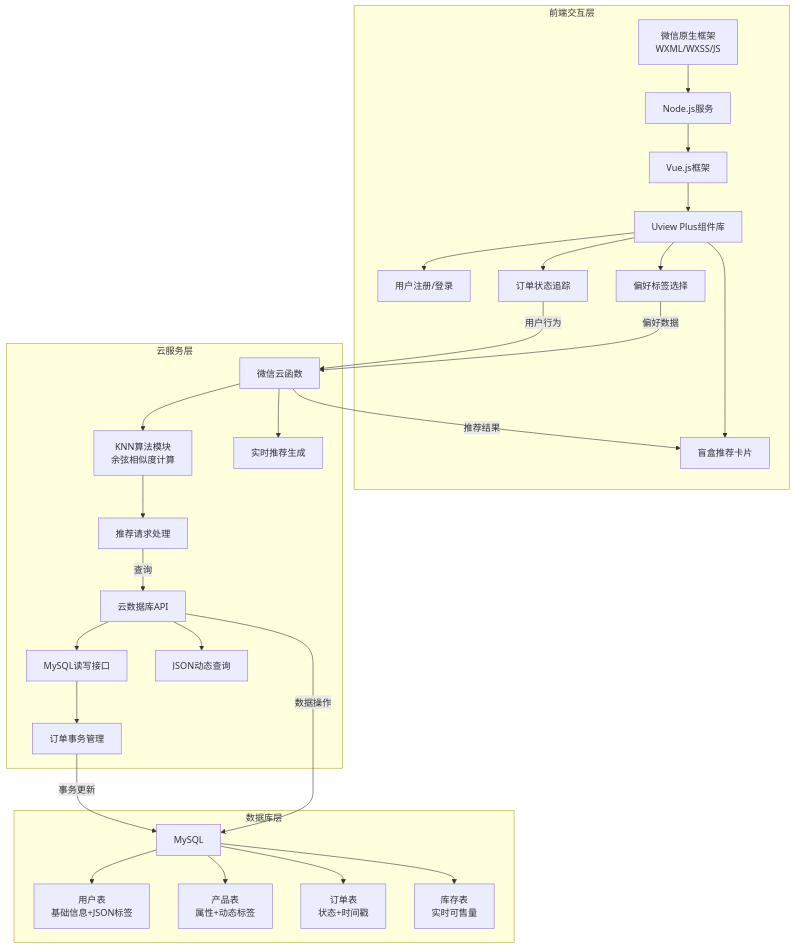
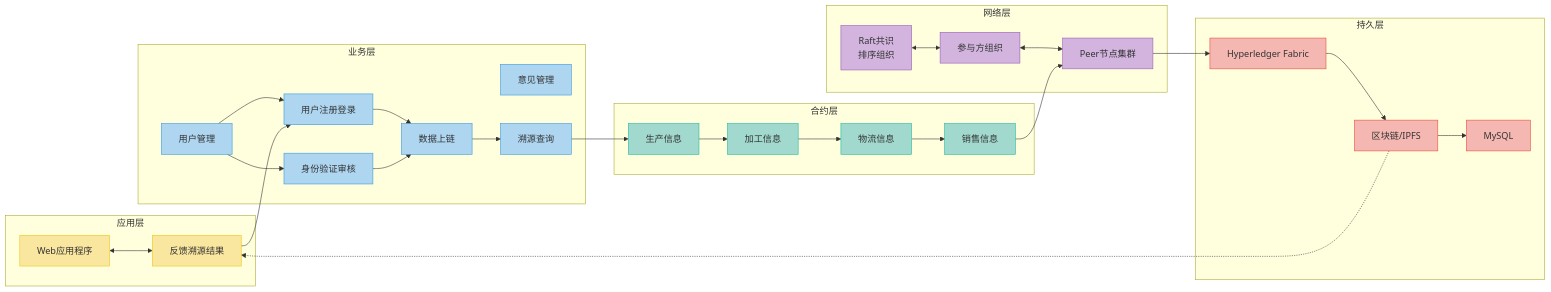
One commit to 1215587043/iodraw-files changed the diagram in all/未命名-1.md. Above: the diagram before and after it, drawn with Mermaid.

Commit message:
2025-04-11 15:38:01 update

````diff
--- a/all/未命名-1.md
+++ b/all/未命名-1.md
@@ -1,36 +1,59 @@
 ```mermaid
-flowchart TD
-    subgraph 前端交互层
-        A[微信原生框架\nWXML/WXSS/JS] --> B[Node.js服务]
-        B --> C[Vue.js框架]
-        C --> D[Uview Plus组件库]
-        D --> E[用户注册/登录]
-        D --> F[偏好标签选择]
-        D --> G[盲盒推荐卡片]
-        D --> H[订单状态追踪]
+flowchart LR
+    %% 定义节点样式
+    classDef appLayer fill:#F9E79F,stroke:#F1C40F;
+    classDef bizLayer fill:#AED6F1,stroke:#3498DB;
+    classDef contractLayer fill:#A2D9CE,stroke:#1ABC9C;
+    classDef networkLayer fill:#D2B4DE,stroke:#9B59B6;
+    classDef persistLayer fill:#F5B7B1,stroke:#E74C3C;
+
+    subgraph 应用层
+        A[Web应用程序]:::appLayer
+        B[基于区块链的\n海鲜溯源系统]:::appLayer
+        A <--> B
     end
 
-    subgraph 云服务层
-        I[微信云函数] --> J[KNN算法模块\n余弦相似度计算]
-        I --> K[实时推荐生成]
-        L[云数据库API] --> M[MySQL读写接口]
-        L --> N[JSON动态查询]
-        J --> O[推荐请求处理]
-        M --> P[订单事务管理]
+    subgraph 业务层
+        C[用户注册登录]:::bizLayer
+        D[身份验证审核]:::bizLayer
+        E[数据上链]:::bizLayer
+        F[用户管理]:::bizLayer
+        G[意见管理]:::bizLayer
+        H[溯源查询]:::bizLayer
+        C --> E
+        D --> E
+        E --> H
+        F --> C
+        F --> D
     end
 
-    subgraph 数据库层
-        Q[MySQL] --> R[用户表\n基础信息+JSON标签]
-        Q --> S[产品表\n属性+动态标签]
-        Q --> T[订单表\n状态+时间戳]
-        Q --> U[库存表\n实时可售量]
+    subgraph 合约层
+        I[生产信息]:::contractLayer
+        J[加工信息]:::contractLayer
+        K[物流信息]:::contractLayer
+        L[销售信息]:::contractLayer
+        I --> J --> K --> L
     end
 
-    %% 数据流向
-    H -->|用户行为| I
-    F -->|偏好数据| I
-    I -->|推荐结果| G
-    O -->|查询| L
-    P -->|事务更新| Q
-    L -->|数据操作| Q
+    subgraph 网络层
+        M[Raft共识\n排序组织]:::networkLayer
+        N[参与方组织]:::networkLayer
+        O[Peer节点集群]:::networkLayer
+        M <--> N <--> O
+    end
+
+    subgraph 持久层
+        P[Hyperledger Fabric]:::persistLayer
+        Q[区块链/IPFS]:::persistLayer
+        R[MySQL]:::persistLayer
+        P --> Q
+        Q --> R
+    end
+
+    %% 跨层数据流
+    B --> C
+    H --> I
+    L --> O
+    O --> P
+    Q -.-> B[反馈溯源结果]
 ```
````
